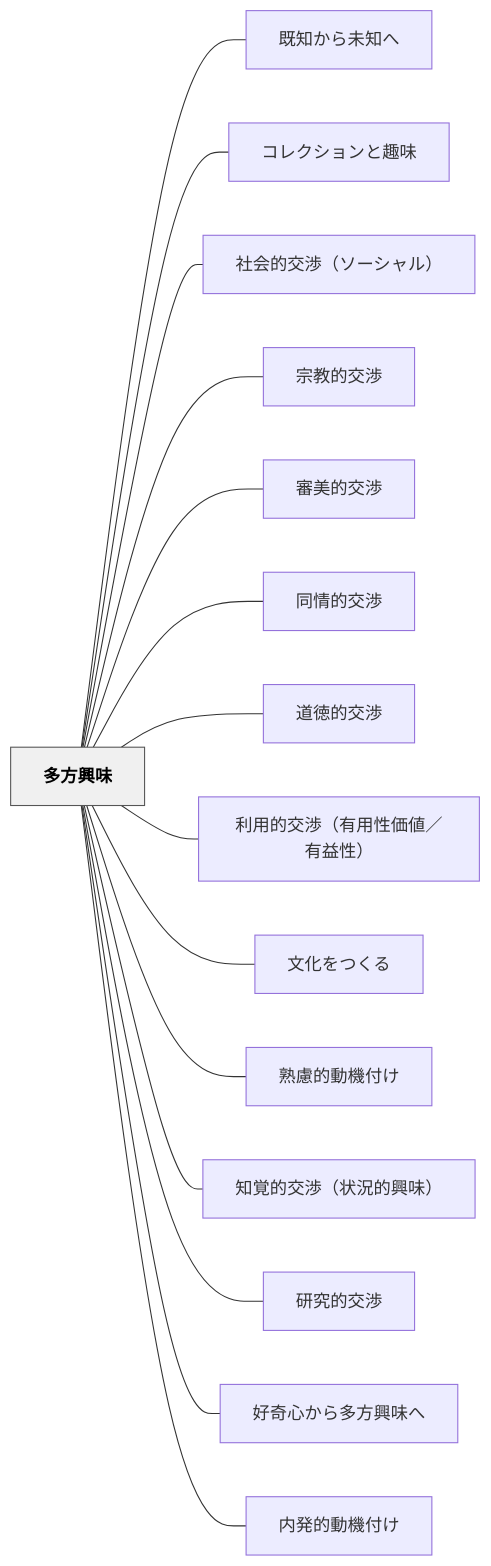
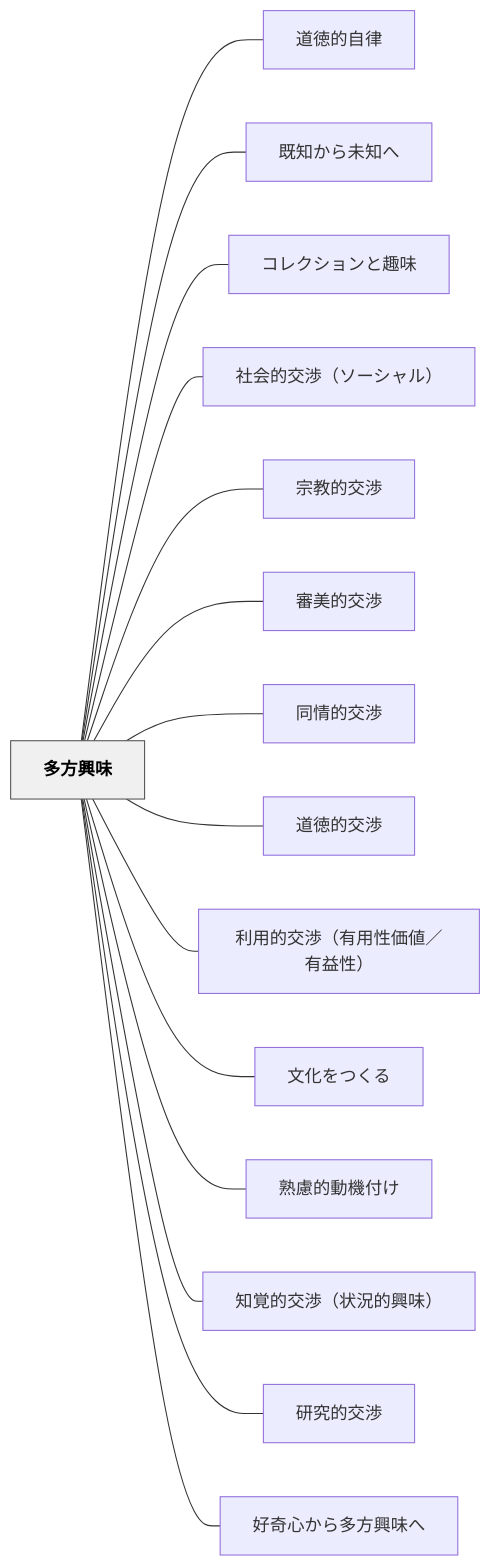
The diagram in content/パタン/多方興味.md (unknownthings-ed-patterns/unknownthings-ed-patterns), drawn with Mermaid before and after one commit. The commit also changed other lines of this file and 12 other files, not shown here.

````diff
--- a/content/パタン/多方興味.md
+++ b/content/パタン/多方興味.md
@@ -159,36 +160,36 @@
 ```mermaid
 flowchart LR
     ne5a49ae696b9e88888e591b3["多方興味"]
+    ne98193e5beb3e79a84e887aae5be8b["道徳的自律"]
     ne697a2e79fa5e3818be38289e69caae79fa5e381b8["既知から未知へ"]
     ne382b3e383ace382afe382b7e383a7e383b3e381a8e8b6a3e591b3["コレクションと趣味"]
     ne7a4bee4bc9ae79a84e4baa4e6b889efbc88e382bde383bce382b7e383a3e383abefbc89["社会的交渉（ソーシャル）"]
     ne5ae97e69599e79a84e4baa4e6b889["宗教的交渉"]
     ne5afa9e7be8ee79a84e4baa4e6b889["審美的交渉"]
     ne5908ce68385e79a84e4baa4e6b889["同情的交渉"]
     ne98193e5beb3e79a84e4baa4e6b889["道徳的交渉"]
     ne588a9e794a8e79a84e4baa4e6b889efbc88e69c89e794a8e680a7e4bea1e580a4efbc8fe69c89e79b8ae680a7efbc89["利用的交渉（有用性価値／有益性）"]
     ne69687e58c96e38292e381a4e3818fe3828b["文化をつくる"]
     ne7869fe685aee79a84e58b95e6a99fe4bb98e38191["熟慮的動機付け"]
     ne79fa5e8a69ae79a84e4baa4e6b889efbc88e78ab6e6b381e79a84e88888e591b3efbc89["知覚的交渉（状況的興味）"]
     ne7a094e7a9b6e79a84e4baa4e6b889["研究的交渉"]
     ne5a5bde5a587e5bf83e3818be38289e5a49ae696b9e88888e591b3e381b8["好奇心から多方興味へ"]
-    ne58685e799bae79a84e58b95e6a99fe4bb98e38191["内発的動機付け"]
 
+    ne5a49ae696b9e88888e591b3 --- ne98193e5beb3e79a84e887aae5be8b
     ne5a49ae696b9e88888e591b3 --- ne697a2e79fa5e3818be38289e69caae79fa5e381b8
     ne5a49ae696b9e88888e591b3 --- ne382b3e383ace382afe382b7e383a7e383b3e381a8e8b6a3e591b3
     ne5a49ae696b9e88888e591b3 --- ne7a4bee4bc9ae79a84e4baa4e6b889efbc88e382bde383bce382b7e383a3e383abefbc89
     ne5a49ae696b9e88888e591b3 --- ne5ae97e69599e79a84e4baa4e6b889
     ne5a49ae696b9e88888e591b3 --- ne5afa9e7be8ee79a84e4baa4e6b889
     ne5a49ae696b9e88888e591b3 --- ne5908ce68385e79a84e4baa4e6b889
     ne5a49ae696b9e88888e591b3 --- ne98193e5beb3e79a84e4baa4e6b889
     ne5a49ae696b9e88888e591b3 --- ne588a9e794a8e79a84e4baa4e6b889efbc88e69c89e794a8e680a7e4bea1e580a4efbc8fe69c89e79b8ae680a7efbc89
     ne5a49ae696b9e88888e591b3 --- ne69687e58c96e38292e381a4e3818fe3828b
     ne5a49ae696b9e88888e591b3 --- ne7869fe685aee79a84e58b95e6a99fe4bb98e38191
     ne5a49ae696b9e88888e591b3 --- ne79fa5e8a69ae79a84e4baa4e6b889efbc88e78ab6e6b381e79a84e88888e591b3efbc89
     ne5a49ae696b9e88888e591b3 --- ne7a094e7a9b6e79a84e4baa4e6b889
     ne5a49ae696b9e88888e591b3 --- ne5a5bde5a587e5bf83e3818be38289e5a49ae696b9e88888e591b3e381b8
-    ne5a49ae696b9e88888e591b3 --- ne58685e799bae79a84e58b95e6a99fe4bb98e38191
 
     classDef hub fill:#f0f0f0,stroke:#555,color:#000,font-weight:bold
     class ne5a49ae696b9e88888e591b3 hub
 ```
````
